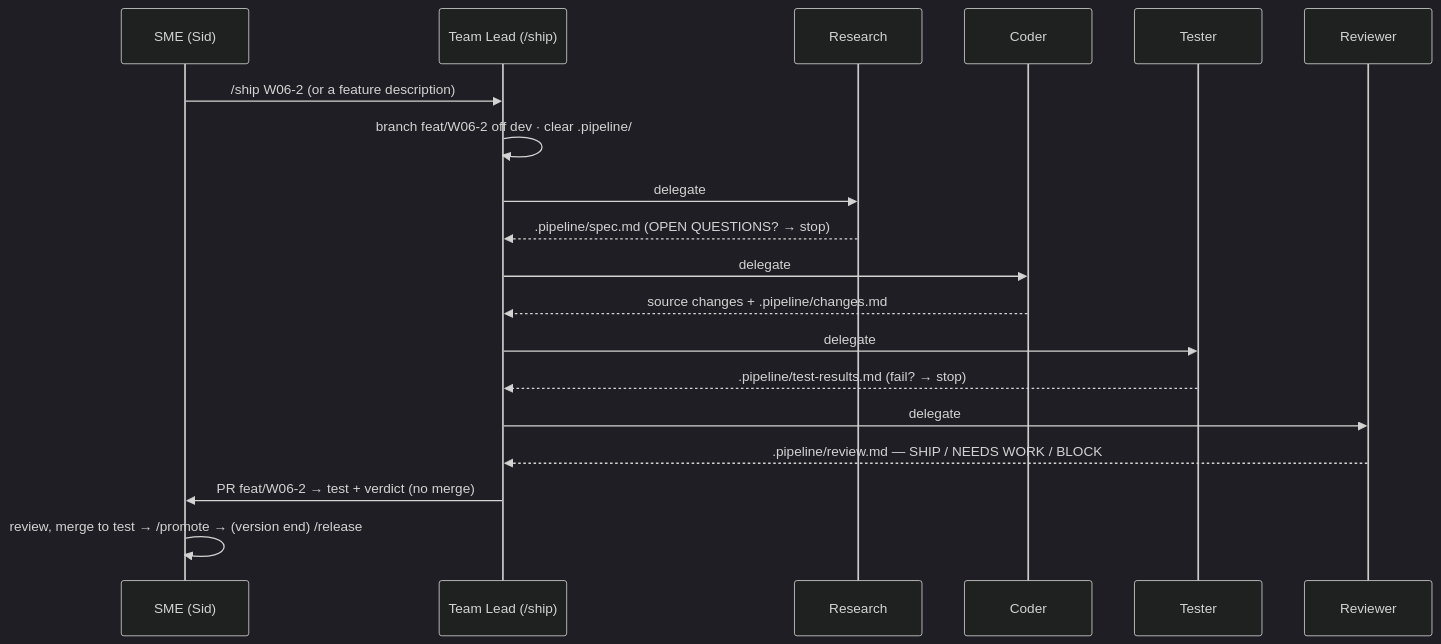
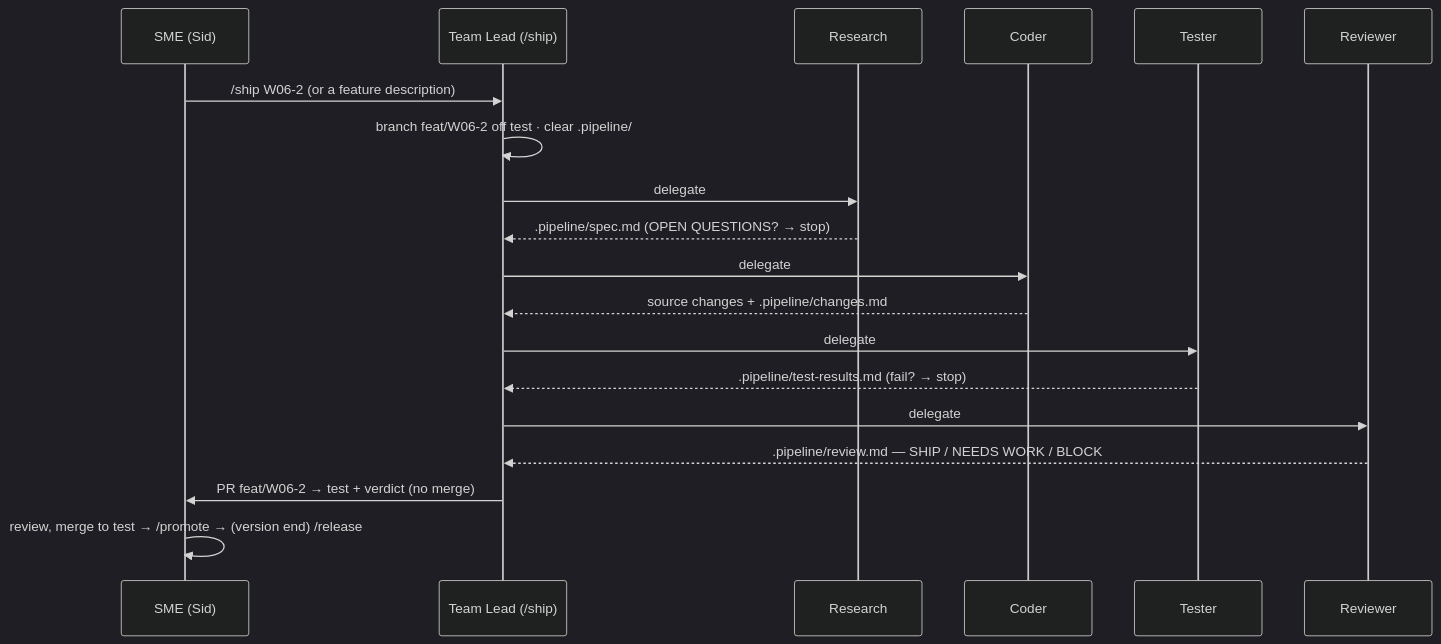
Before and after one commit to Siddardth7/quality-platform: the second of 2 diagrams in docs/AGENT_TEAM_FRAMEWORK.md, drawn with Mermaid (dark theme). The commit also changed other lines of this file and 6 other files, not shown here.

````diff
--- a/docs/AGENT_TEAM_FRAMEWORK.md
+++ b/docs/AGENT_TEAM_FRAMEWORK.md
@@ -116,21 +116,21 @@
 ```mermaid
 sequenceDiagram
     participant SME as SME (Sid)
     participant Lead as Team Lead (/ship)
     participant R as Research
     participant C as Coder
     participant T as Tester
     participant Rv as Reviewer
     SME->>Lead: /ship W06-2 (or a feature description)
-    Lead->>Lead: branch feat/W06-2 off dev · clear .pipeline/
+    Lead->>Lead: branch feat/W06-2 off test · clear .pipeline/
     Lead->>R: delegate
     R-->>Lead: .pipeline/spec.md (OPEN QUESTIONS? → stop)
     Lead->>C: delegate
     C-->>Lead: source changes + .pipeline/changes.md
     Lead->>T: delegate
     T-->>Lead: .pipeline/test-results.md (fail? → stop)
     Lead->>Rv: delegate
     Rv-->>Lead: .pipeline/review.md — SHIP / NEEDS WORK / BLOCK
     Lead->>SME: PR feat/W06-2 → test + verdict (no merge)
     SME->>SME: review, merge to test → /promote → (version end) /release
 ```
````
